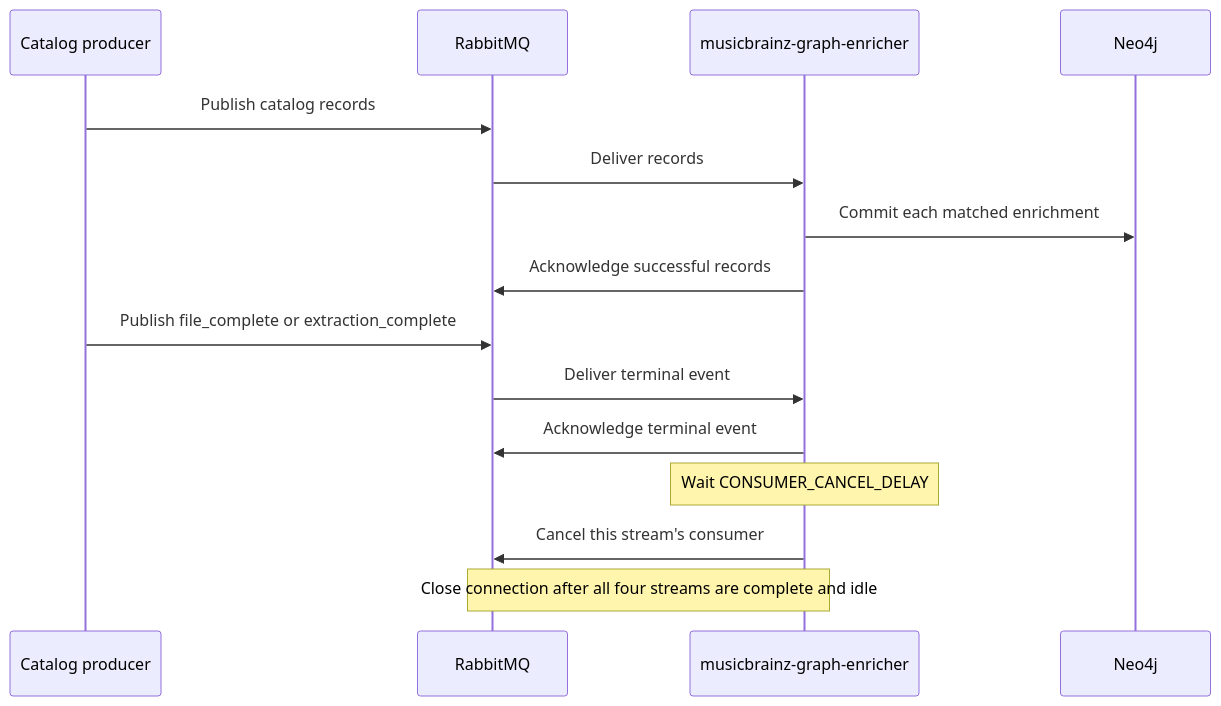
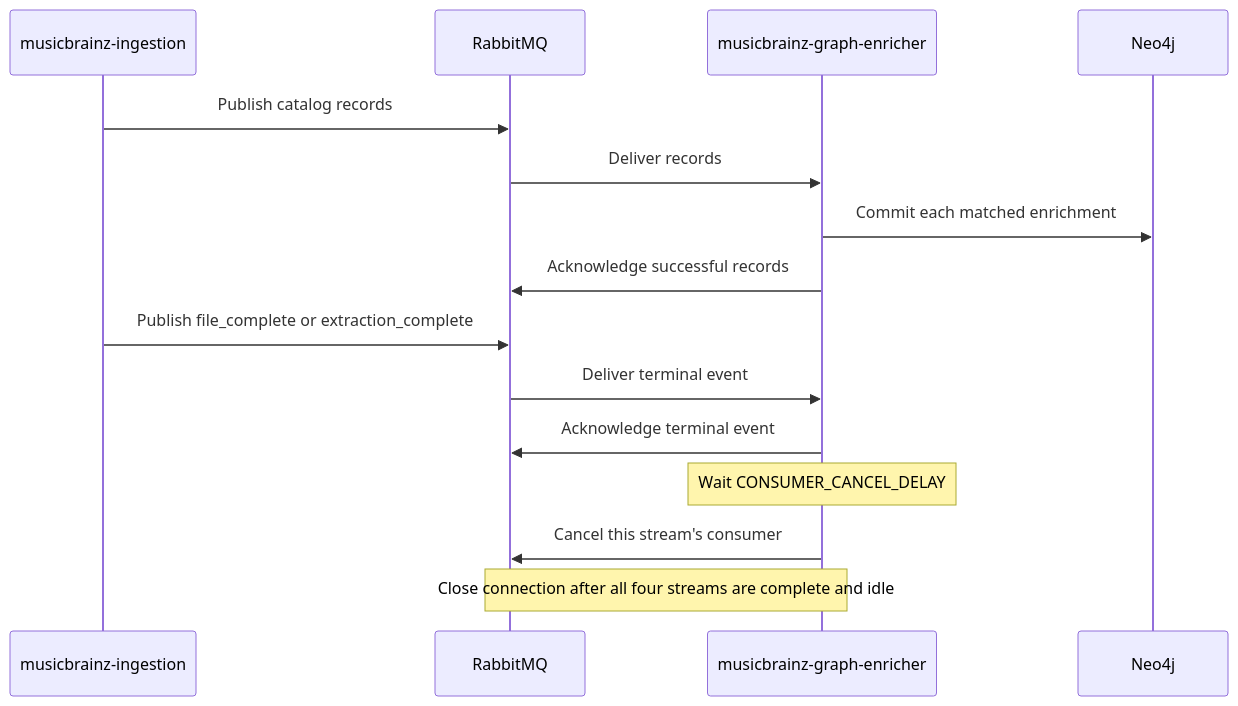
The diagram in docs/consumer-cancellation.md (groovemap-music/musicbrainz-graph-enricher), drawn with Mermaid before and after one commit. The commit also changed other lines of this file and 7 other files, not shown here.

Commit message:
docs: reconcile MusicBrainz graph guidance

````diff
--- a/docs/consumer-cancellation.md
+++ b/docs/consumer-cancellation.md
@@ -9,18 +9,18 @@
 ```mermaid
 sequenceDiagram
-    participant Producer as Catalog producer
+    participant Producer as musicbrainz-ingestion
     participant Broker as RabbitMQ
     participant Enricher as musicbrainz-graph-enricher
     participant Neo4j
 
     Producer->>Broker: Publish catalog records
     Broker->>Enricher: Deliver records
     Enricher->>Neo4j: Commit each matched enrichment
     Enricher->>Broker: Acknowledge successful records
     Producer->>Broker: Publish file_complete or extraction_complete
     Broker->>Enricher: Deliver terminal event
     Enricher->>Broker: Acknowledge terminal event
     Note over Enricher: Wait CONSUMER_CANCEL_DELAY
     Enricher->>Broker: Cancel this stream's consumer
     Note over Enricher,Broker: Close connection after all four streams are complete and idle
 ```
````
